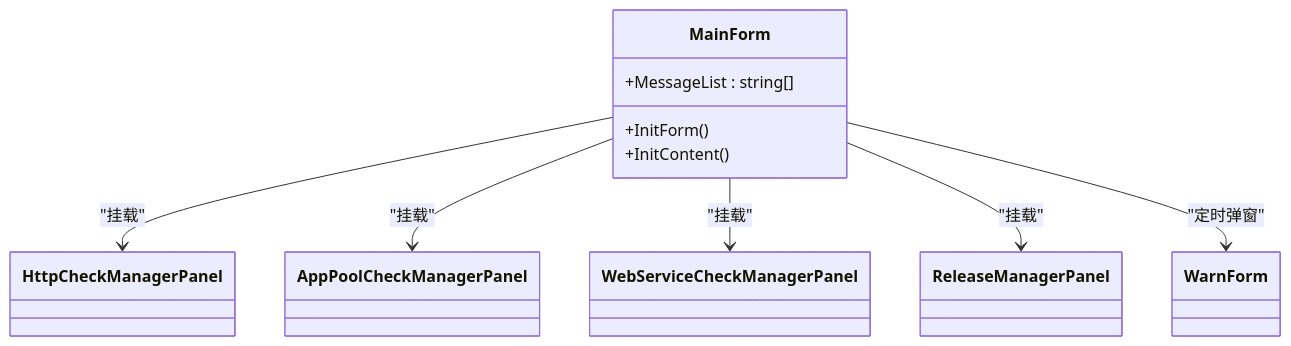
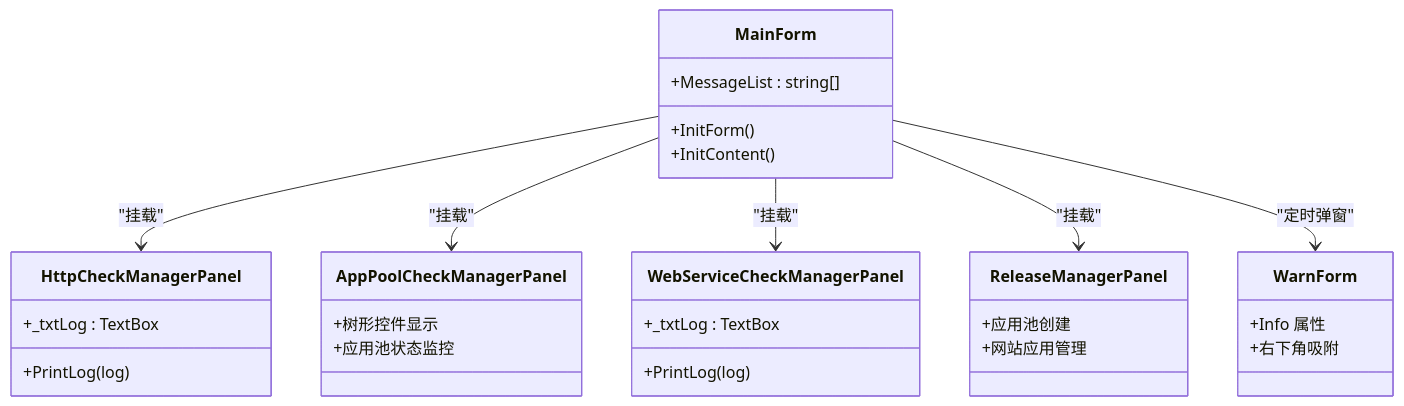
Before and after one commit to db300/IISMonitor: the third of 5 diagrams in .qoder/repowiki/zh/content/IISMonitor.v1 功能详解/主界面概览.md, drawn with Mermaid. The commit also changed other lines of this file and 5 other files, not shown here.

````diff
--- a/.qoder/repowiki/zh/content/IISMonitor.v1 功能详解/主界面概览.md
+++ b/.qoder/repowiki/zh/content/IISMonitor.v1 功能详解/主界面概览.md
@@ -122,18 +138,33 @@
 ```mermaid
 classDiagram
 class MainForm {
 +InitForm()
 +InitContent()
 +MessageList : string[]
 }
-class HttpCheckManagerPanel
-class AppPoolCheckManagerPanel
-class WebServiceCheckManagerPanel
-class ReleaseManagerPanel
-class WarnForm
+class HttpCheckManagerPanel {
++_txtLog : TextBox
++PrintLog(log)
+}
+class AppPoolCheckManagerPanel {
++树形控件显示
++应用池状态监控
+}
+class WebServiceCheckManagerPanel {
++_txtLog : TextBox
++PrintLog(log)
+}
+class ReleaseManagerPanel {
++应用池创建
++网站应用管理
+}
+class WarnForm {
++Info 属性
++右下角吸附
+}
 MainForm --> HttpCheckManagerPanel : "挂载"
 MainForm --> AppPoolCheckManagerPanel : "挂载"
 MainForm --> WebServiceCheckManagerPanel : "挂载"
 MainForm --> ReleaseManagerPanel : "挂载"
 MainForm --> WarnForm : "定时弹窗"
 ```
````
